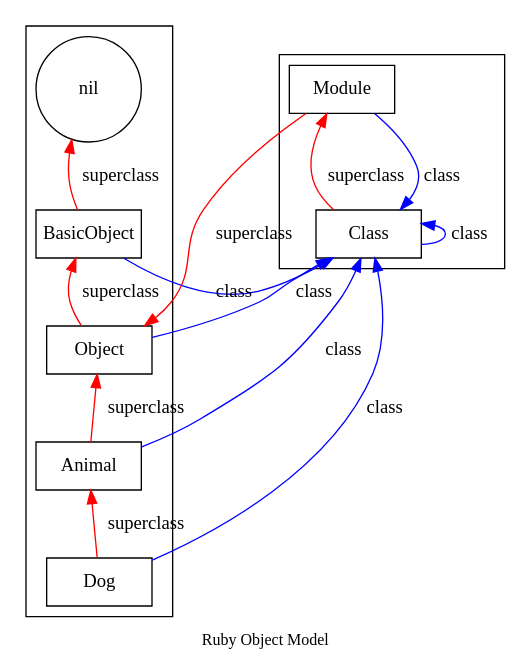
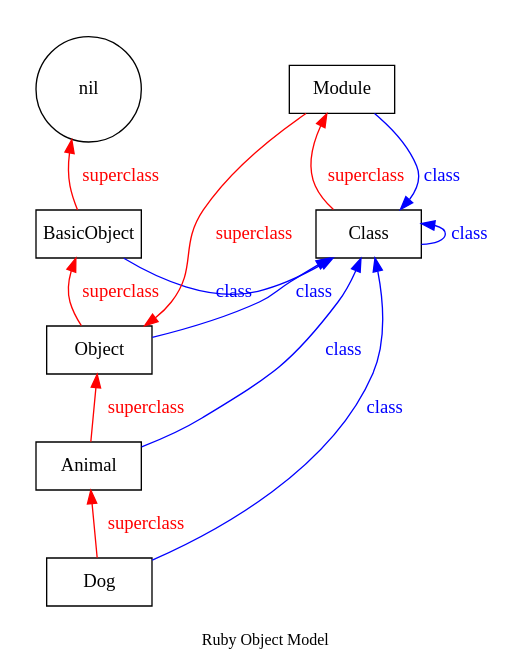
One commit to breezeight/nicola_blog changed the diagram in _guides/images/ruby_object_model.dot. Above: the diagram before and after it, drawn with Graphviz. The commit also changed 5 other files, not shown here.

```diff
--- a/_guides/images/ruby_object_model.dot
+++ b/_guides/images/ruby_object_model.dot
@@ -1,36 +1,35 @@
 ##Command to produce the output: "dot -Tpng thisfile > thisfile.png"
 
 digraph RubyObjectModel {
 node [shape=circle,fixedsize=true,width=1.1]; nil;
 node [shape=box];
 
 subgraph cluster_1 {
   Animal; Dog; Object; BasicObject; nil 
+  style = "invisible";
 }
 
 
 subgraph cluster_2 {
   Class; Module
+  style = "invisible";
 }
 
 
-Animal -> Object [ label = "superclass" color="red" ];
-Dog -> Animal [ label = "superclass" color="red" ];
-Class -> Module [ label = "superclass" color="red" ];
-Module -> Object [ label = "superclass" color="red" ];
-Object -> BasicObject [ label = "superclass" color="red" ];
-BasicObject -> nil [ label = "superclass" color="red" ];
+Dog -> Animal [ label = "superclass" color="red" fontcolor = "red" ];
+Animal -> Object [ label = "superclass" color="red" fontcolor = "red" ];
+Class -> Module [ label = "superclass" color="red" fontcolor = "red"  ];
+Module -> Object [ label = "superclass" color="red" fontcolor = "red"  ];
+Object -> BasicObject [ label = "superclass" color="red" fontcolor = "red"  ];
+BasicObject -> nil [ label = "superclass" color="red" fontcolor = "red"  ];
 
-Object -> Class [ label = "class" color="blue" ];
-Class -> Class [ label = "class" color="blue" ];
-Module -> Class [ label = "class" color="blue" ];
-BasicObject -> Class [ label = "class" color="blue" ];
-Dog -> Class [ label = "class" color="blue" ];
-Animal -> Class [ label = "class" color="blue" ];
+
+
+{ Dog, Animal, BasicObject, Object, Class, Module } -> Class [ label = "class" color="blue" fontcolor = "blue" ];
 
 
 rankdir=BT;
 overlap=false
 label="Ruby Object Model"
 fontsize=12;
 }
```
